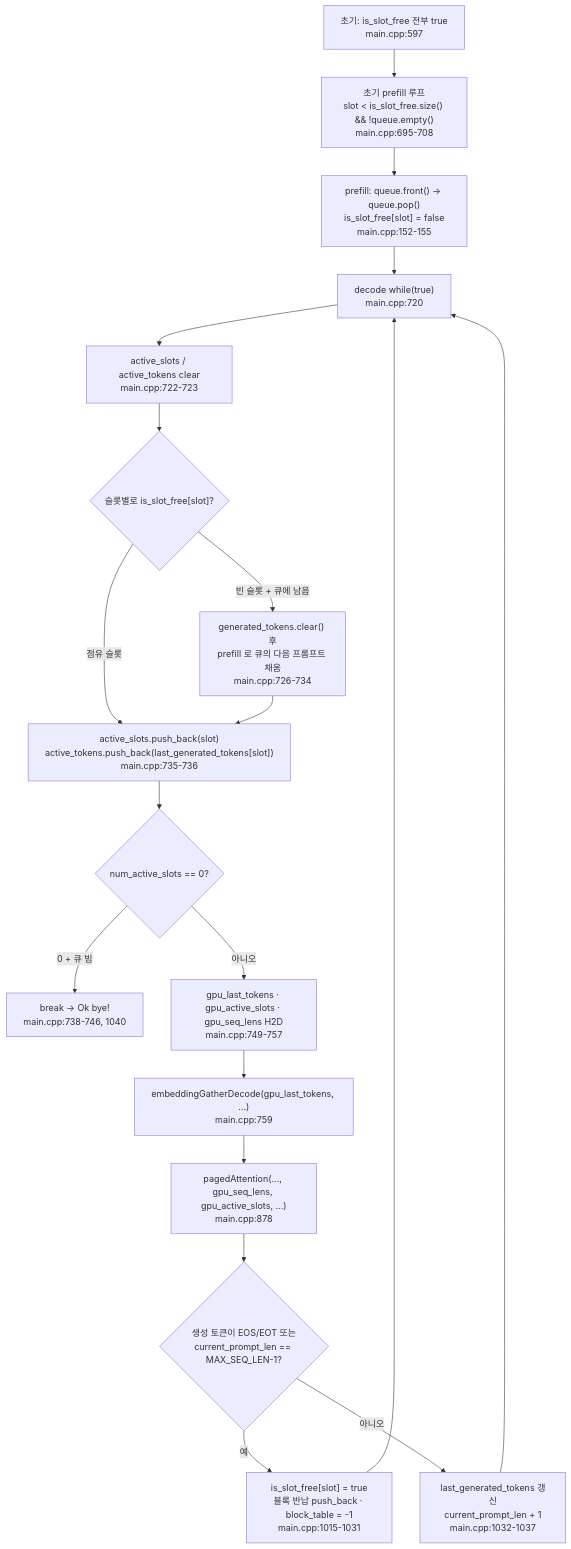
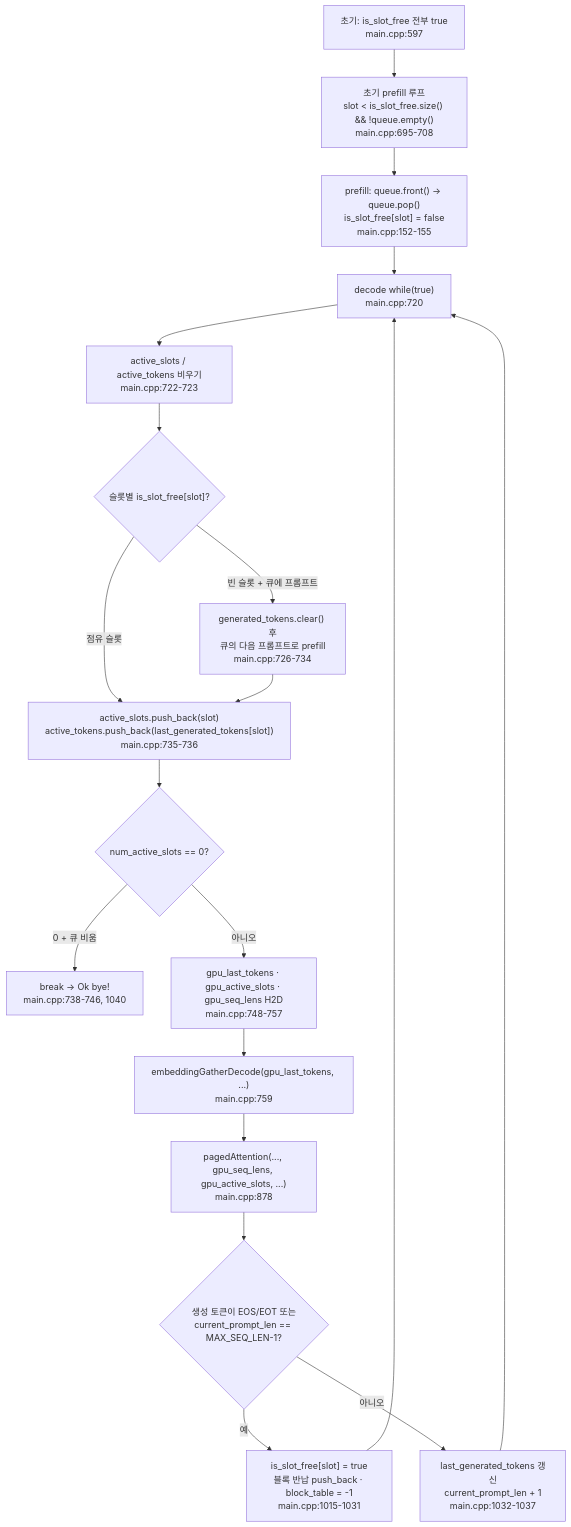
Before and after one commit to ryujaehun/ryujaehun.github.io: the diagram in data/code-series/jmaczan--tiny-vllm/articles/ko-07.md, drawn with Mermaid. The commit also changed other lines of this file and 27 other files, not shown here.

````diff
--- a/data/code-series/jmaczan--tiny-vllm/articles/ko-07.md
+++ b/data/code-series/jmaczan--tiny-vllm/articles/ko-07.md
@@ -177,21 +187,21 @@
 ```mermaid
 flowchart TD
     A["초기: is_slot_free 전부 true<br/>main.cpp:597"] --> B["초기 prefill 루프<br/>slot < is_slot_free.size() && !queue.empty()<br/>main.cpp:695-708"]
     B --> C["prefill: queue.front() → queue.pop()<br/>is_slot_free[slot] = false<br/>main.cpp:152-155"]
     C --> D["decode while(true)<br/>main.cpp:720"]
-    D --> E["active_slots / active_tokens clear<br/>main.cpp:722-723"]
-    E --> F{"슬롯별로 is_slot_free[slot]?"}
-    F -->|빈 슬롯 + 큐에 남음| G["generated_tokens.clear() 후<br/>prefill 로 큐의 다음 프롬프트 채움<br/>main.cpp:726-734"]
-    F -->|점유 슬롯| H["active_slots.push_back(slot)<br/>active_tokens.push_back(last_generated_tokens[slot])<br/>main.cpp:735-736"]
+    D --> E["active_slots / active_tokens 비우기<br/>main.cpp:722-723"]
+    E --> F{"슬롯별 is_slot_free[slot]?"}
+    F -->|"빈 슬롯 + 큐에 프롬프트"| G["generated_tokens.clear() 후<br/>큐의 다음 프롬프트로 prefill<br/>main.cpp:726-734"]
+    F -->|"점유 슬롯"| H["active_slots.push_back(slot)<br/>active_tokens.push_back(last_generated_tokens[slot])<br/>main.cpp:735-736"]
     G --> H
     H --> I{"num_active_slots == 0?"}
-    I -->|"0 + 큐 빔"| Z["break → Ok bye!<br/>main.cpp:738-746, 1040"]
-    I -->|아니오| J["gpu_last_tokens · gpu_active_slots · gpu_seq_lens H2D<br/>main.cpp:749-757"]
+    I -->|"0 + 큐 비움"| Z["break → Ok bye!<br/>main.cpp:738-746, 1040"]
+    I -->|"아니오"| J["gpu_last_tokens · gpu_active_slots · gpu_seq_lens H2D<br/>main.cpp:748-757"]
     J --> K["embeddingGatherDecode(gpu_last_tokens, ...)<br/>main.cpp:759"]
     K --> L["pagedAttention(..., gpu_seq_lens, gpu_active_slots, ...)<br/>main.cpp:878"]
     L --> M{"생성 토큰이 EOS/EOT 또는<br/>current_prompt_len == MAX_SEQ_LEN-1?"}
-    M -->|예| N["is_slot_free[slot] = true<br/>블록 반납 push_back · block_table = -1<br/>main.cpp:1015-1031"]
-    M -->|아니오| O["last_generated_tokens 갱신<br/>current_prompt_len + 1<br/>main.cpp:1032-1037"]
+    M -->|"예"| N["is_slot_free[slot] = true<br/>블록 반납 push_back · block_table = -1<br/>main.cpp:1015-1031"]
+    M -->|"아니오"| O["last_generated_tokens 갱신<br/>current_prompt_len + 1<br/>main.cpp:1032-1037"]
     N --> D
     O --> D
 ```
````
